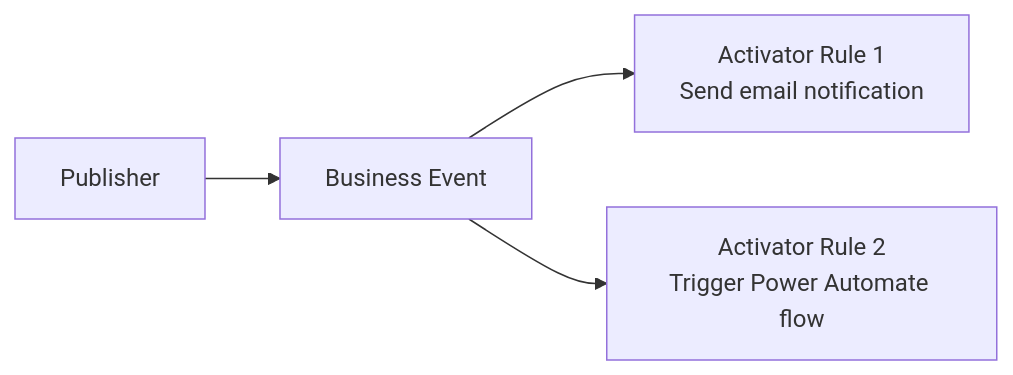
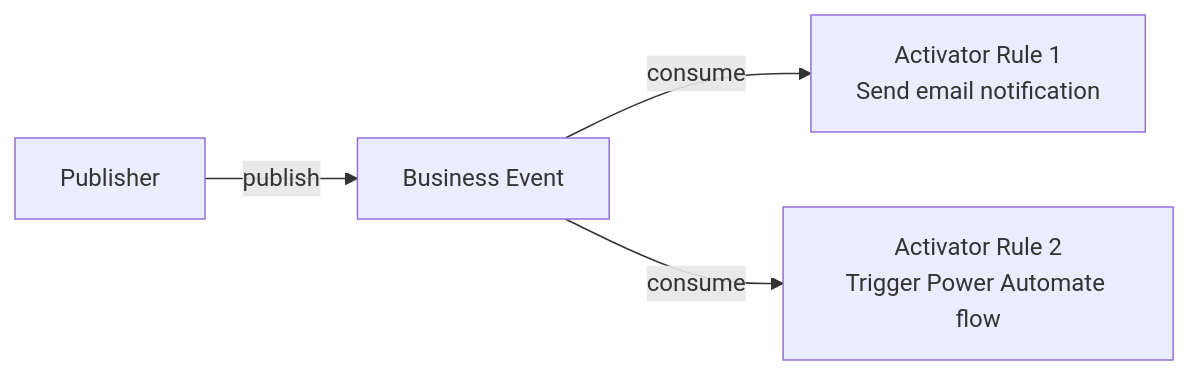
Before and after one commit to microsoft/fabric-events: the third of 4 diagrams in docs/business-events/design-guides/multi-consumer-fanout.md, drawn with Mermaid. The commit also changed other lines of this file and 6 other files, not shown here.

````diff
--- a/docs/business-events/design-guides/multi-consumer-fanout.md
+++ b/docs/business-events/design-guides/multi-consumer-fanout.md
@@ -36,6 +36,6 @@
 ```mermaid
 flowchart LR
-    P[Publisher] --> BE[Business Event]
-    BE --> A1[Activator Rule 1\nSend email notification]
-    BE --> A2[Activator Rule 2\nTrigger Power Automate flow]
+    P[Publisher] -->|publish| BE[Business Event]
+    BE -->|consume| A1[Activator Rule 1\nSend email notification]
+    BE -->|consume| A2[Activator Rule 2\nTrigger Power Automate flow]
 ```
````
